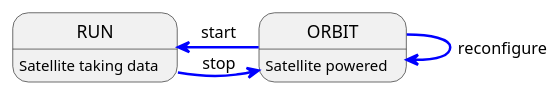
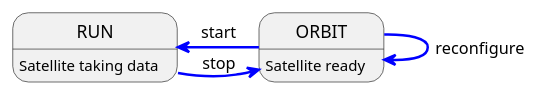
The diagram in docs/application_development/tutorials/satellite_cxx.md (constellation-daq/Constellation), drawn with PlantUML before and after one commit. The commit also changed 2 other files, not shown here.

Commit message:
docs: ORBIT description satellite powered -> satellite ready

````diff
--- a/docs/application_development/tutorials/satellite_cxx.md
+++ b/docs/application_development/tutorials/satellite_cxx.md
@@ -123,12 +123,12 @@
 ```plantuml
 @startuml
 hide empty description
 
-State ORBIT : Satellite powered
+State ORBIT : Satellite ready
 State RUN : Satellite taking data
 
 ORBIT -[#blue,bold]l-> RUN : start
 ORBIT -[#blue,bold]-> ORBIT : reconfigure
 RUN -[#blue,bold]r-> ORBIT : stop
 @enduml
 ```
````
